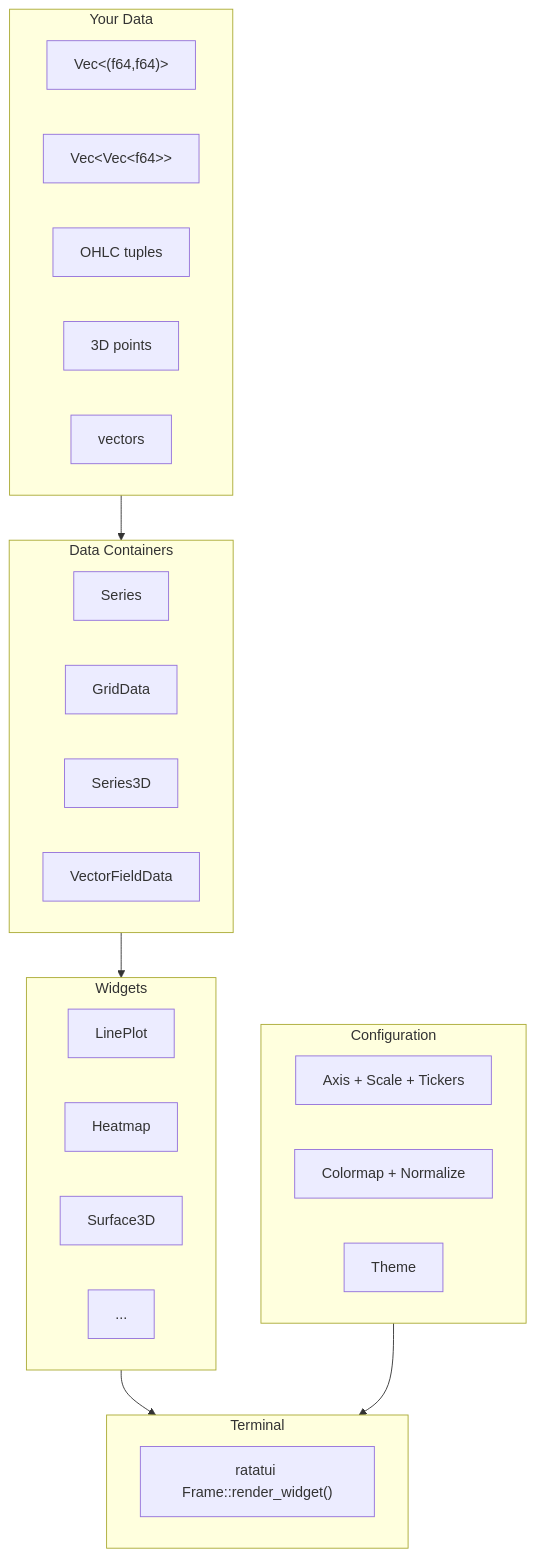
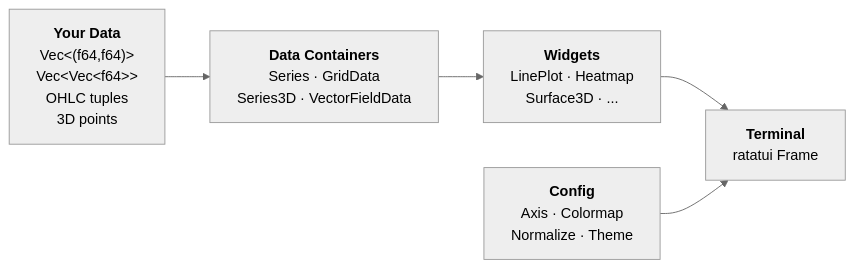
One commit to resonant-jovian/ratatui-plt changed the diagram in README.md. Above: the diagram before and after it, drawn with Mermaid. The commit also changed other lines of this file and 65 other files, not shown here.

````diff
--- a/README.md
+++ b/README.md
@@ -41,32 +42,12 @@
 ```mermaid
-flowchart TD
-    subgraph input["Your Data"]
-        A1["Vec&lt;(f64,f64)&gt;"]
-        A2["Vec&lt;Vec&lt;f64&gt;&gt;"]
-        A3["OHLC tuples"]
-        A4["3D points"]
-        A5["vectors"]
-    end
-    subgraph containers["Data Containers"]
-        B1[Series]
-        B2[GridData]
-        B3[Series3D]
-        B4[VectorFieldData]
-    end
-    subgraph widgets["Widgets"]
-        C1[LinePlot]
-        C2[Heatmap]
-        C3[Surface3D]
-        C4["..."]
-    end
-    subgraph config["Configuration"]
-        D1["Axis + Scale + Tickers"]
-        D2["Colormap + Normalize"]
-        D3[Theme]
-    end
-    subgraph render["Terminal"]
-        E["ratatui Frame::render_widget()"]
-    end
-    input --> containers --> widgets --> render
-    config --> render
+%%{init: {'theme': 'neutral'}}%%
+flowchart LR
+    A["<b>Your Data</b><br/>Vec&lt;(f64,f64)&gt;<br/>Vec&lt;Vec&lt;f64&gt;&gt;<br/>OHLC tuples<br/>3D points"]
+    B["<b>Data Containers</b><br/>Series &middot; GridData<br/>Series3D &middot; VectorFieldData"]
+    C["<b>Widgets</b><br/>LinePlot &middot; Heatmap<br/>Surface3D &middot; ..."]
+    D["<b>Config</b><br/>Axis &middot; Colormap<br/>Normalize &middot; Theme"]
+    E["<b>Terminal</b><br/>ratatui Frame"]
+
+    A --> B --> C --> E
+    D --> E
 ```
````
